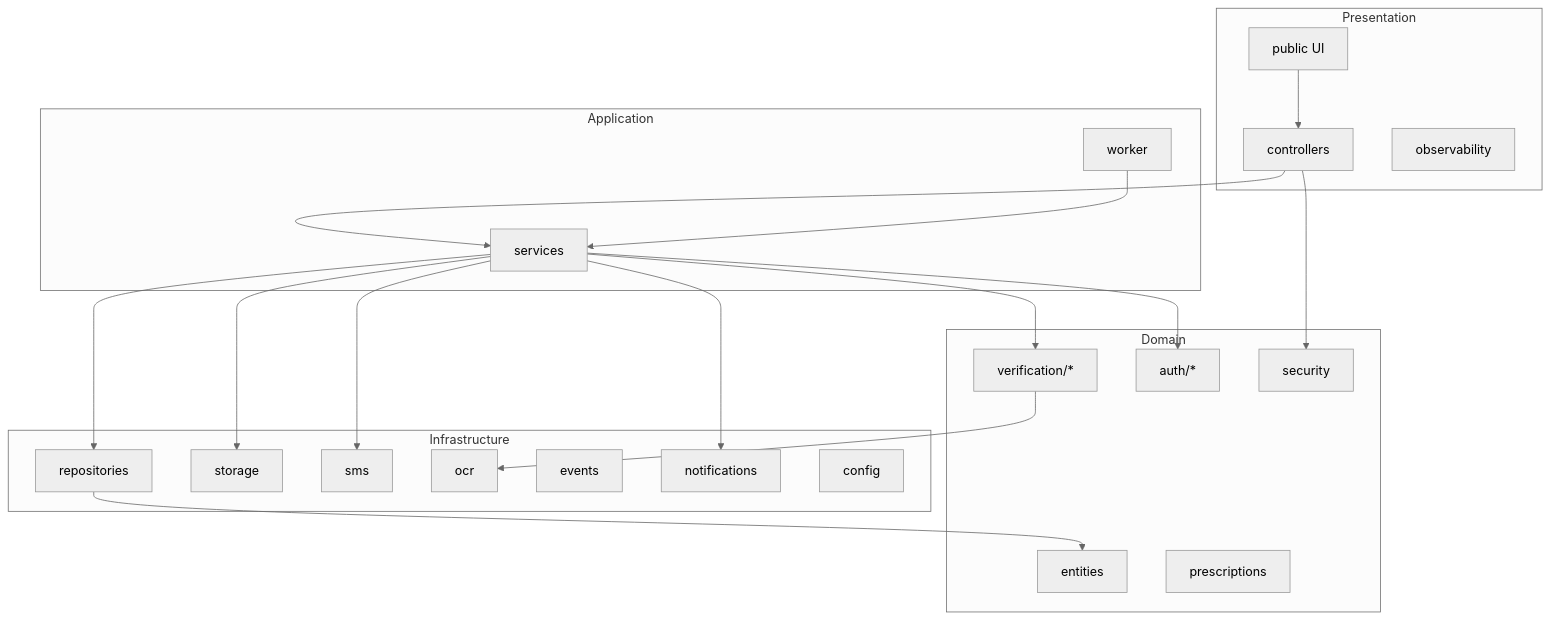
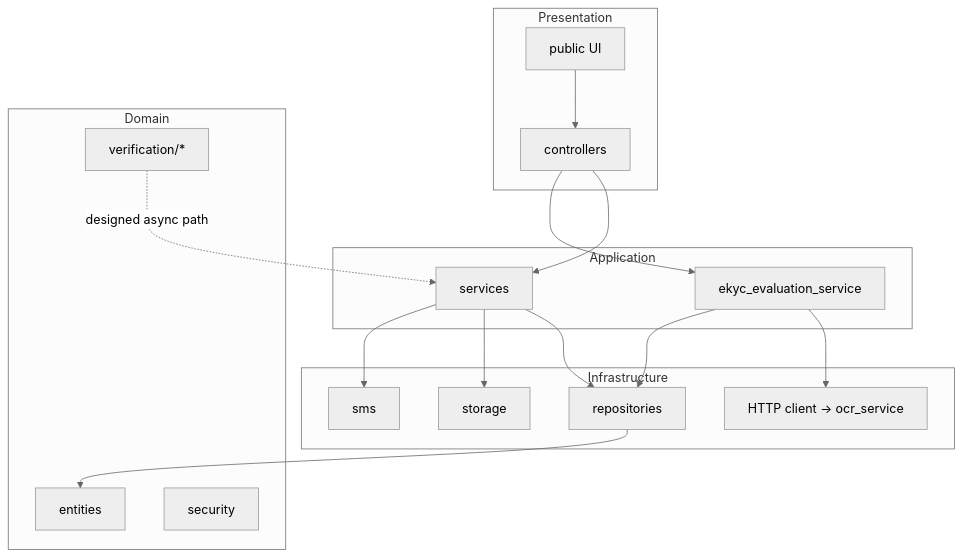
Before and after one commit to Saravanan2005real/zudoc-doctor-portal-EKYC: the third of 11 diagrams in docs/ARCHITECTURE.md, drawn with Mermaid (neutral theme). The commit also changed other lines of this file and 1 other file, not shown here.

First line of the commit message:
Rewrite README and architecture docs for the Python eKYC pipeline.

````diff
--- a/docs/ARCHITECTURE.md
+++ b/docs/ARCHITECTURE.md
@@ -91,44 +99,36 @@
 ```mermaid
 flowchart TB
   subgraph Presentation
+    P[public UI]
     C[controllers]
-    P[public UI]
-    O[observability]
   end
 
   subgraph Application
     S[services]
-    W[worker]
+    EKYC[ekyc_evaluation_service]
   end
 
   subgraph Domain
     E[entities]
     V[verification/*]
-    A[auth/*]
-    Sec[security]
-    Rx[prescriptions]
+    SEC[security]
   end
 
   subgraph Infrastructure
     R[repositories]
-    St[storage]
+    ST[storage]
     SMS[sms]
-    OCR[ocr]
-    Ev[events]
-    N[notifications]
-    Cfg[config]
+    HTTP_OCR[HTTP client → ocr_service]
   end
 
   P --> C
   C --> S
-  C --> Sec
+  C --> EKYC
   S --> R
-  S --> V
-  S --> A
-  S --> St
+  S --> ST
   S --> SMS
-  S --> N
-  W --> S
-  V --> OCR
+  EKYC --> HTTP_OCR
+  EKYC --> R
   R --> E
+  V -.->|designed async path| S
 ```
````
